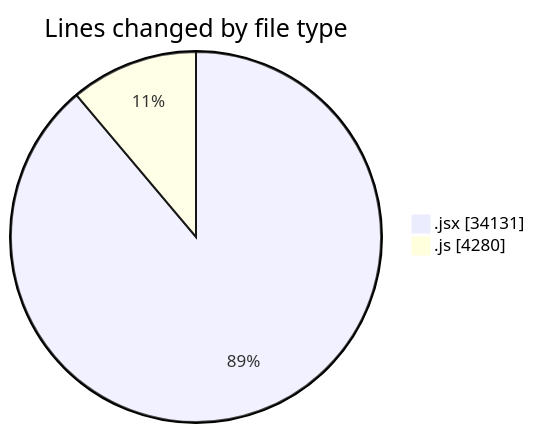
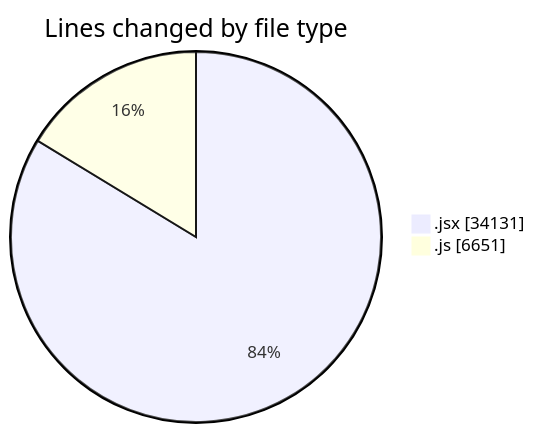
The first of 2 diagrams in 2025-09-29/nxtqube_webapp/README.md (nxtqubesakshisongat/code-tracking), drawn with Mermaid before and after one commit. The commit also changed other lines of this file and 1 other file, not shown here.

````diff
--- a/2025-09-29/nxtqube_webapp/README.md
+++ b/2025-09-29/nxtqube_webapp/README.md
@@ -22,6 +22,6 @@
 ```mermaid
 pie showData
 title Lines changed by file type
 ".jsx" : 34131
-".js" : 4280
+".js" : 6651
 ```
````
